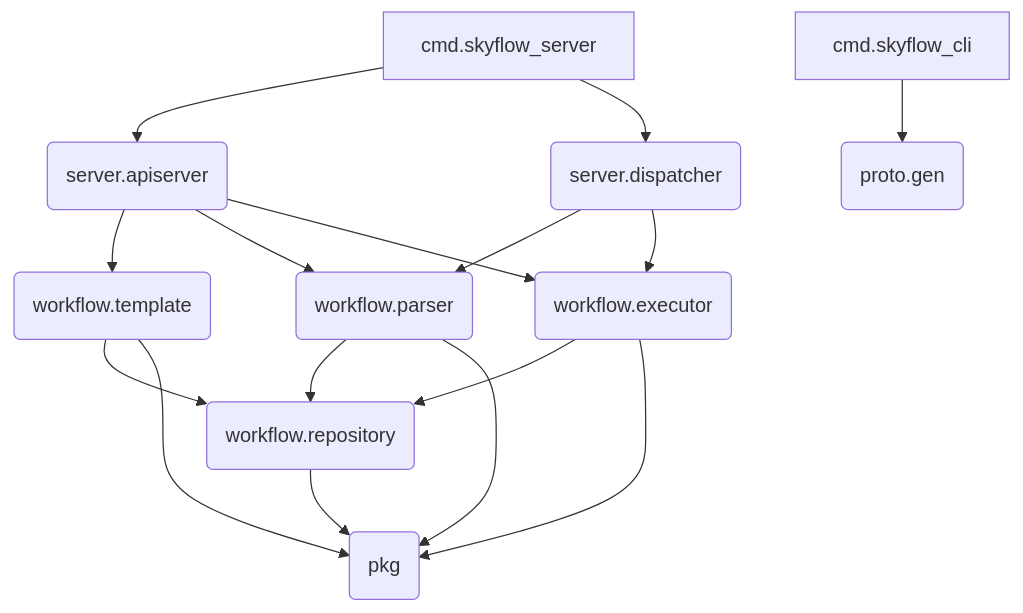
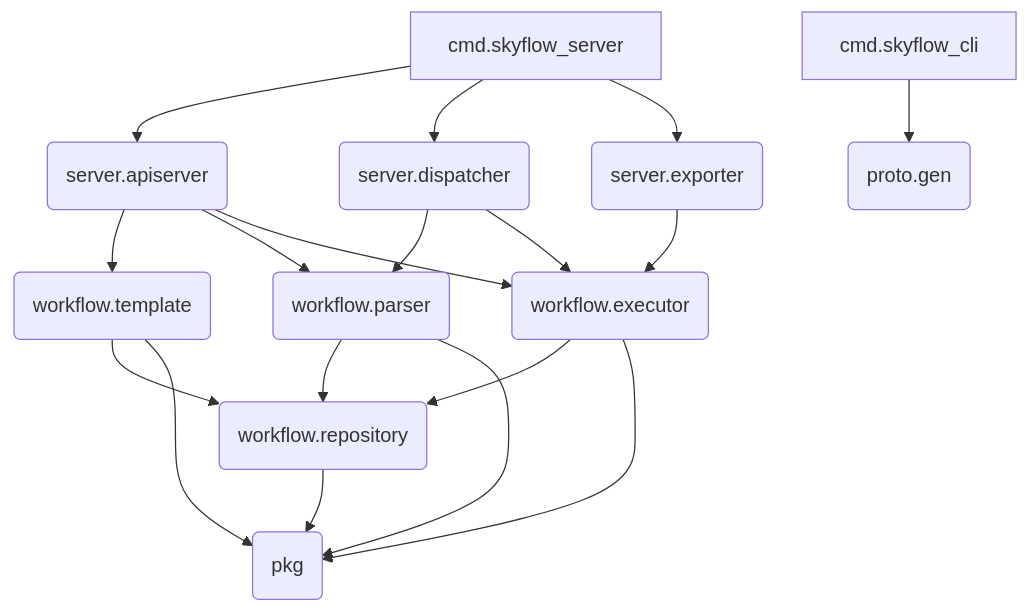
The diagram in README.md (skyflow-workflow/skyflow_backend), drawn with Mermaid before and after one commit. The commit also changed other lines of this file and 17 other files, not shown here.

````diff
--- a/README.md
+++ b/README.md
@@ -31,28 +30,32 @@
 ```mermaid
 flowchart TD
     A1[cmd.skyflow_server]
     A2[cmd.skyflow_cli]
     B1(server.apiserver)
     B2(server.dispatcher)
+    B2(server.dispatcher)
+    B3(server.exporter)
     A1 --> B1
     A1 --> B2
+    A1 --> B3
     C1(workflow.parser)
     C2(workflow.template)
     C3(workflow.executor)
     B1 --> C2
     B1 --> C1
     B1 --> C3
     B2 --> C1
     B2 --> C3
+    B3 --> C3
     D1(workflow.repository)
     C1 --> D1
     C2 --> D1
     C3 --> D1
     F1(pkg)
     C1 --> F1
     C2 --> F1
     C3 --> F1
     D1 --> F1
     P1(proto.gen)
     A2 --> P1
 ```
````
